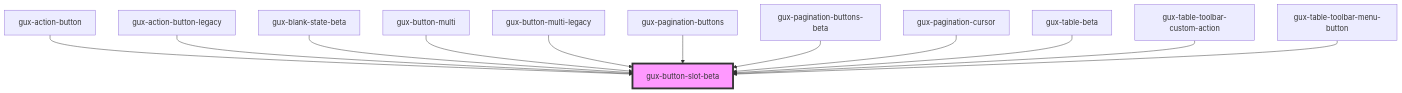
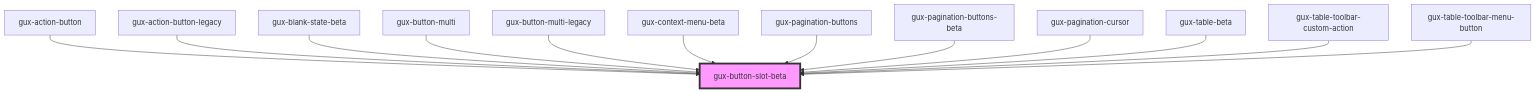
The diagram in src/components/beta/gux-button-slot/readme.md (MyPureCloud/genesys-spark), drawn with Mermaid before and after one commit. The commit also changed other lines of this file and 14 other files, not shown here.

First line of the commit message:
feat(context-menu): add new webcomponent

````diff
--- a/src/components/beta/gux-button-slot/readme.md
+++ b/src/components/beta/gux-button-slot/readme.md
@@ -36,15 +37,16 @@
 ```mermaid
 graph TD;
   gux-action-button --> gux-button-slot-beta
   gux-action-button-legacy --> gux-button-slot-beta
   gux-blank-state-beta --> gux-button-slot-beta
   gux-button-multi --> gux-button-slot-beta
   gux-button-multi-legacy --> gux-button-slot-beta
+  gux-context-menu-beta --> gux-button-slot-beta
   gux-pagination-buttons --> gux-button-slot-beta
   gux-pagination-buttons-beta --> gux-button-slot-beta
   gux-pagination-cursor --> gux-button-slot-beta
   gux-table-beta --> gux-button-slot-beta
   gux-table-toolbar-custom-action --> gux-button-slot-beta
   gux-table-toolbar-menu-button --> gux-button-slot-beta
   style gux-button-slot-beta fill:#f9f,stroke:#333,stroke-width:4px
 ```
````
